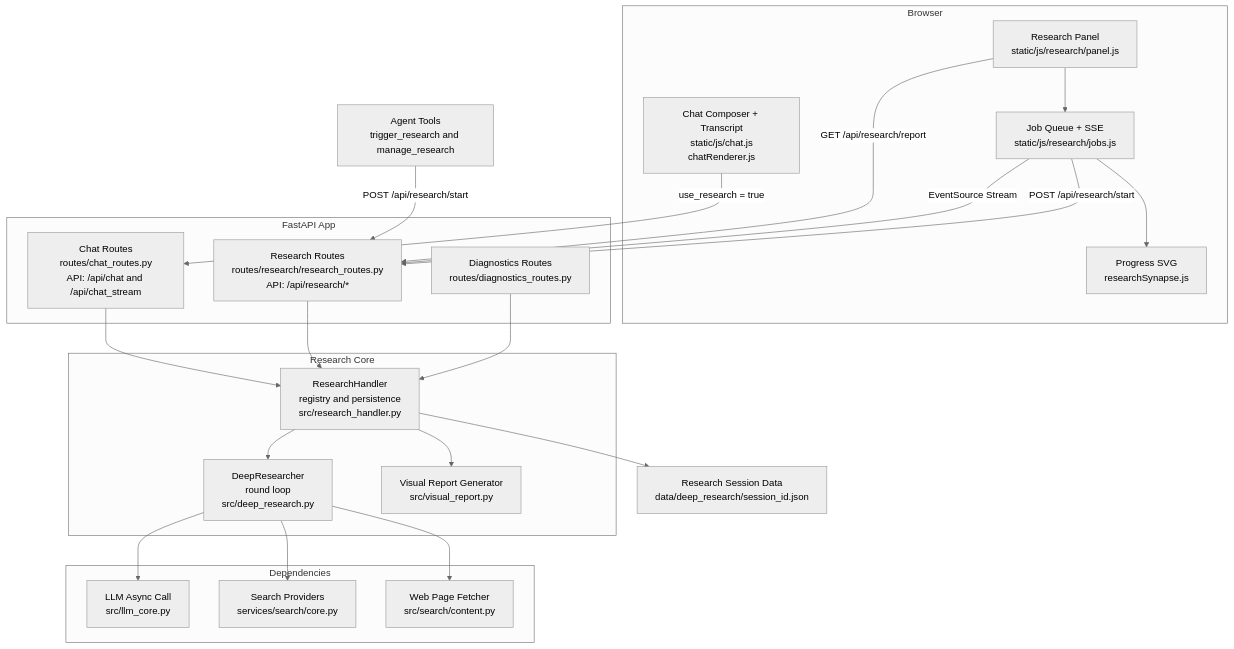
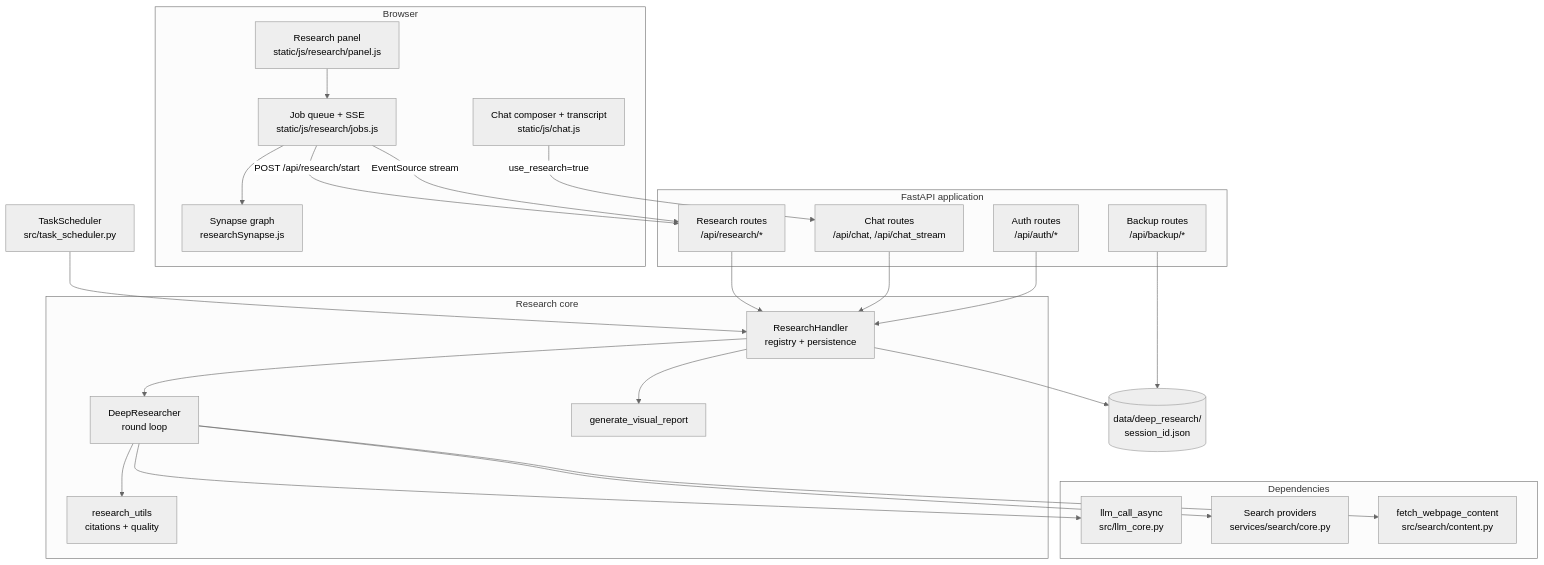
The first of 5 diagrams in content/docs/modules/research.mdx (yash-dev007/Zephyrus_WEB), drawn with Mermaid (neutral theme) before and after one commit. The commit also changed other lines of this file, not shown here.

Commit message:
Rewrite Deep Research module documentation

````diff
--- a/content/docs/modules/research.mdx
+++ b/content/docs/modules/research.mdx
@@ -52,53 +100,51 @@
 ```mermaid
 flowchart TB
 
     subgraph Client["Browser"]
-        Panel["Research Panel<br/>static/js/research/panel.js"]
-        Jobs["Job Queue + SSE<br/>static/js/research/jobs.js"]
-        Synapse["Progress SVG<br/>researchSynapse.js"]
-        ChatUI["Chat Composer + Transcript<br/>static/js/chat.js<br/>chatRenderer.js"]
+        Panel["Research panel<br/>static/js/research/panel.js"]
+        Jobs["Job queue + SSE<br/>static/js/research/jobs.js"]
+        Synapse["Synapse graph<br/>researchSynapse.js"]
+        ChatUI["Chat composer + transcript<br/>static/js/chat.js"]
     end
 
-    subgraph HTTP["FastAPI App"]
-        Routes["Research Routes<br/>routes/research/research_routes.py<br/>API: /api/research/*"]
-        ChatRoute["Chat Routes<br/>routes/chat_routes.py<br/>API: /api/chat and /api/chat_stream"]
-        Diag["Diagnostics Routes<br/>routes/diagnostics_routes.py"]
+    subgraph HTTP["FastAPI application"]
+        Routes["Research routes<br/>/api/research/*"]
+        ChatRoute["Chat routes<br/>/api/chat, /api/chat_stream"]
+        BackupRoute["Backup routes<br/>/api/backup/*"]
+        AuthRoute["Auth routes<br/>/api/auth/*"]
     end
 
-    subgraph Core["Research Core"]
-        Handler["ResearchHandler<br/>registry and persistence<br/>src/research_handler.py"]
-        Engine["DeepResearcher<br/>round loop<br/>src/deep_research.py"]
-        Visual["Visual Report Generator<br/>src/visual_report.py"]
+    subgraph Core["Research core"]
+        Handler["ResearchHandler<br/>registry + persistence"]
+        Engine["DeepResearcher<br/>round loop"]
+        Utils["research_utils<br/>citations + quality"]
+        Visual["generate_visual_report"]
     end
 
     subgraph Deps["Dependencies"]
-        LLM["LLM Async Call<br/>src/llm_core.py"]
-        Search["Search Providers<br/>services/search/core.py"]
-        Fetch["Web Page Fetcher<br/>src/search/content.py"]
+        LLM["llm_call_async<br/>src/llm_core.py"]
+        Search["Search providers<br/>services/search/core.py"]
+        Fetch["fetch_webpage_content<br/>src/search/content.py"]
     end
 
-    Disk["Research Session Data<br/>data/deep_research/session_id.json"]
-    Agent["Agent Tools<br/>trigger_research and manage_research"]
+    Disk[("data/deep_research/<br/>session_id.json")]
+    Scheduler["TaskScheduler<br/>src/task_scheduler.py"]
 
     Panel --> Jobs
     Jobs -->|"POST /api/research/start"| Routes
-    Jobs -->|"EventSource Stream"| Routes
+    Jobs -->|"EventSource stream"| Routes
     Jobs --> Synapse
-
-    ChatUI -->|"use_research = true"| ChatRoute
-    Agent -->|"POST /api/research/start"| Routes
-
-    Diag --> Handler
+    ChatUI -->|"use_research=true"| ChatRoute
+    Scheduler --> Handler
     Routes --> Handler
     ChatRoute --> Handler
-
+    BackupRoute --> Disk
+    AuthRoute --> Handler
     Handler --> Engine
     Handler --> Visual
     Handler --> Disk
-
+    Engine --> Utils
     Engine --> LLM
     Engine --> Search
     Engine --> Fetch
-
-    Panel -->|"GET /api/research/report"| Routes
 ```
````
